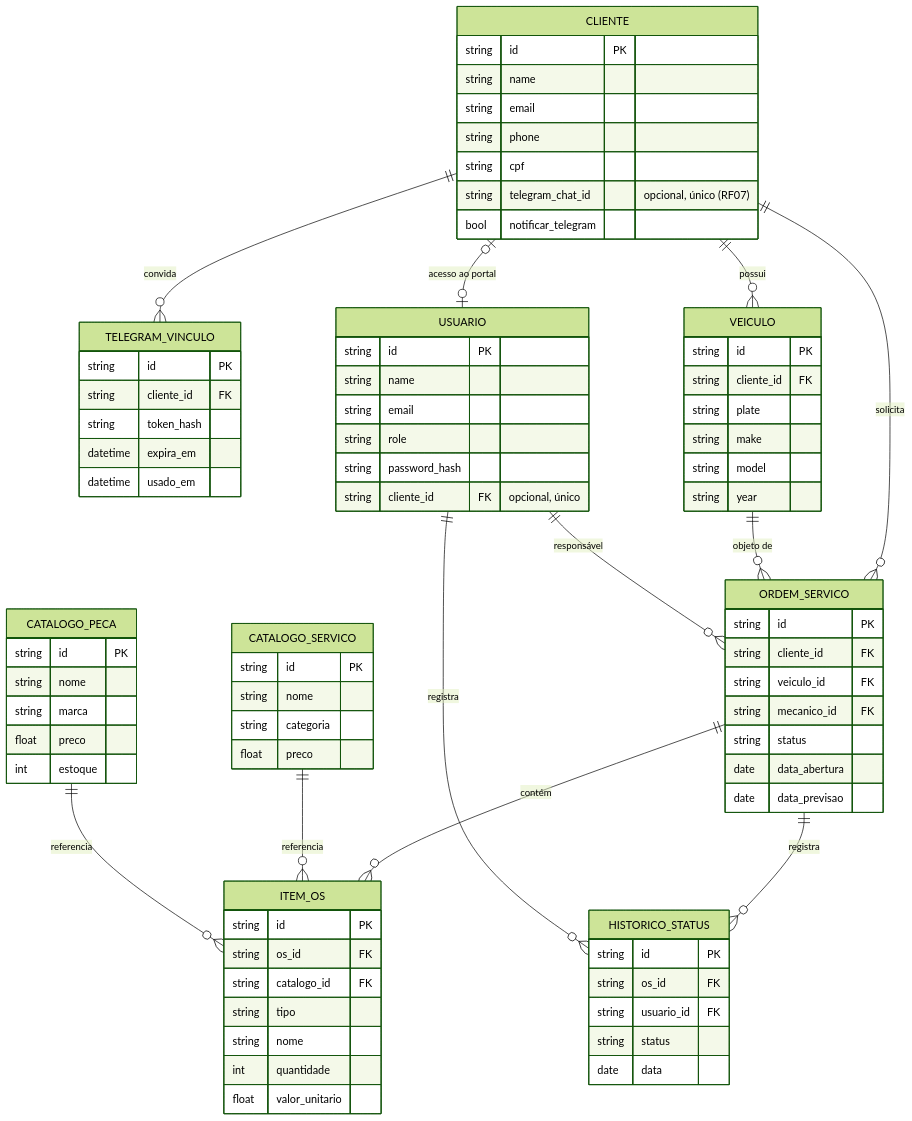
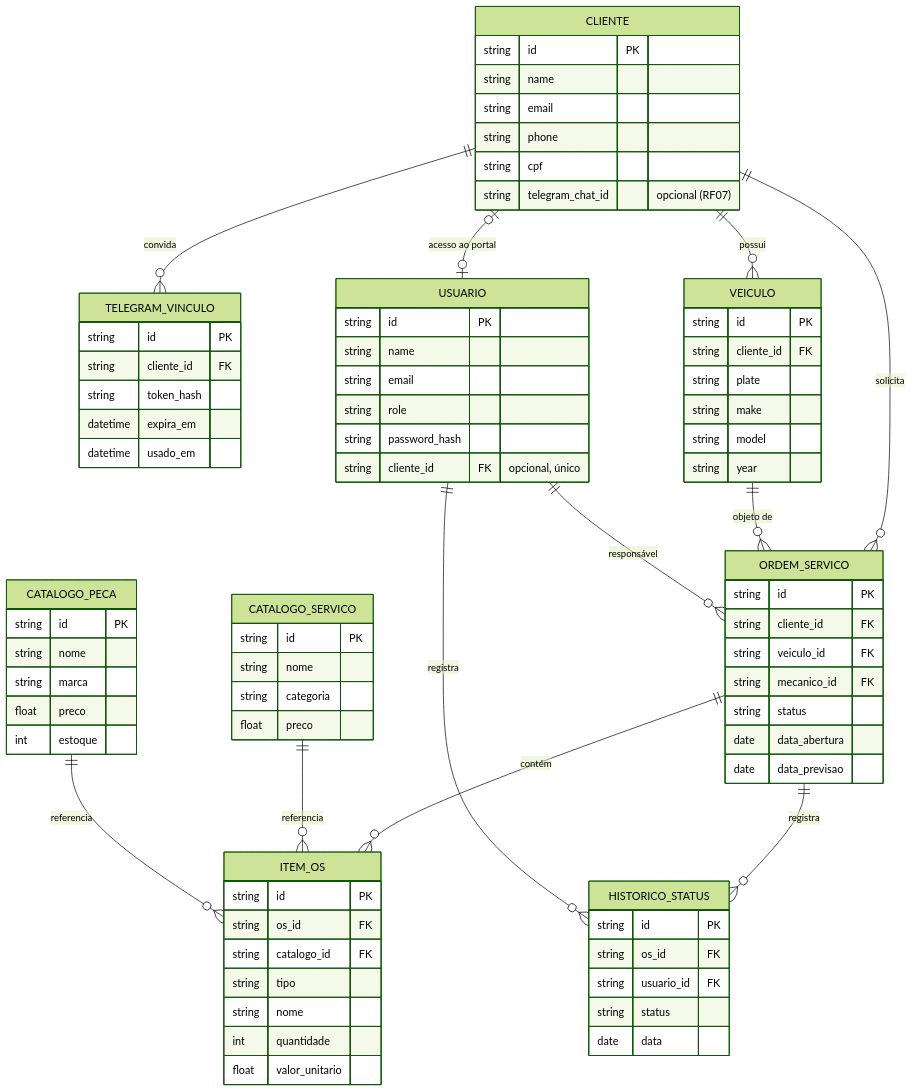
One commit to miguettohuertas/torque-gestao changed the diagram in docs/diagramas/modelo-er.md. Above: the diagram before and after it, drawn with Mermaid (forest theme). The commit also changed other lines of this file and 12 other files, not shown here.

```diff
--- a/docs/diagramas/modelo-er.md
+++ b/docs/diagramas/modelo-er.md
@@ -10,8 +10,7 @@
         string email
         string phone
         string cpf
-        string telegram_chat_id "opcional, único (RF07)"
-        bool   notificar_telegram
+        string telegram_chat_id "opcional (RF07)"
     }
 
     TELEGRAM_VINCULO {
```
